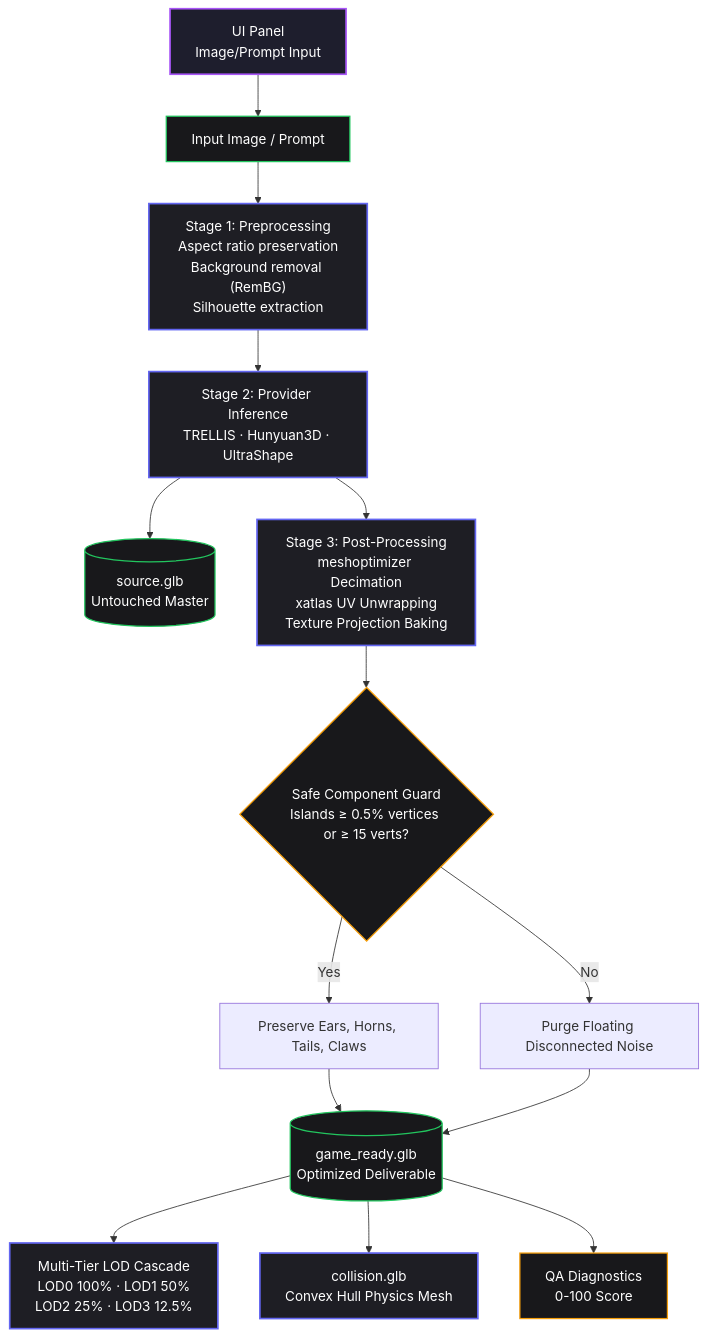
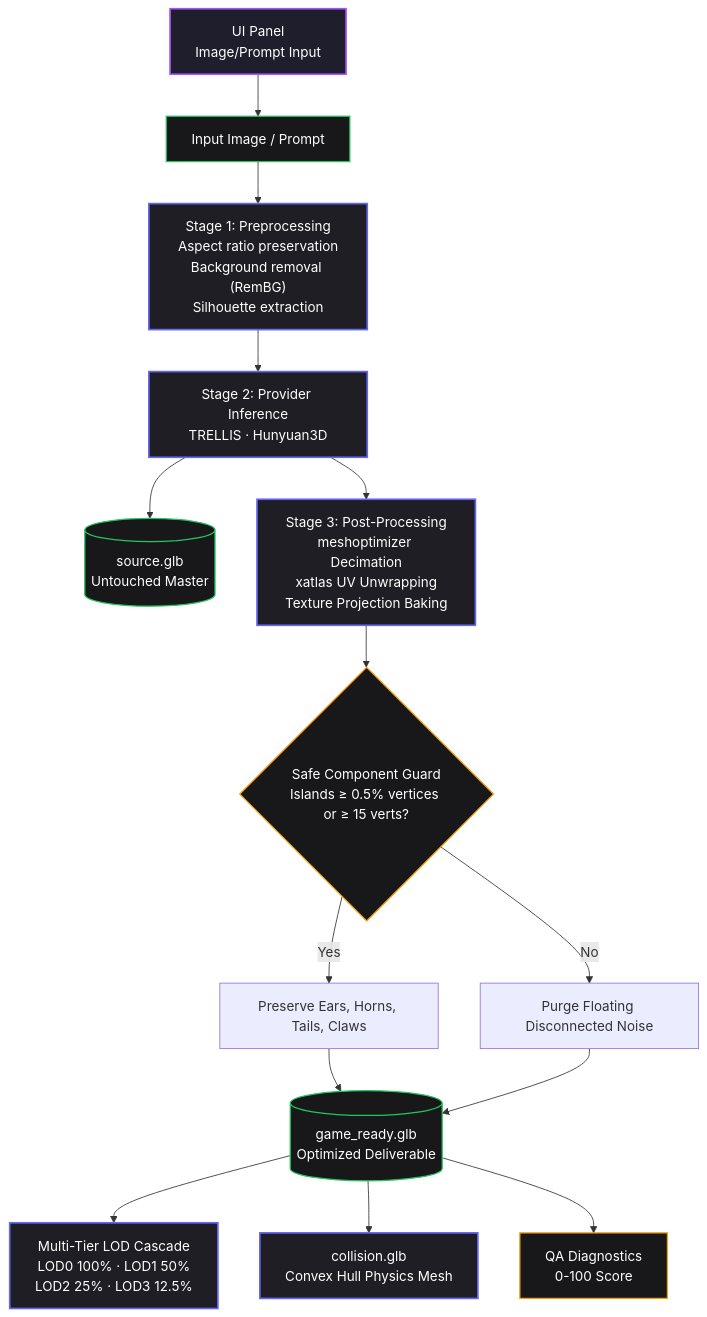
The third of 3 diagrams in Docs/PRD.md (Silentzx2/ForMash3D), drawn with Mermaid before and after one commit. The commit also changed other lines of this file and 24 other files, not shown here.

````diff
--- a/Docs/PRD.md
+++ b/Docs/PRD.md
@@ -231,21 +229,21 @@
 ```mermaid
 flowchart TD
     classDef stage fill:#1e1e24,stroke:#6366f1,stroke-width:2px,color:#fff;
     classDef data fill:#18181b,stroke:#22c55e,stroke-width:1.5px,color:#fff;
     classDef guard fill:#18181b,stroke:#f59e0b,stroke-width:1.5px,color:#fff;
     classDef api fill:#1e1e2d,stroke:#a855f7,stroke-width:2px,color:#fff;
 
     UI["UI Panel<br/>Image/Prompt Input"]:::api --> IN["Input Image / Prompt"]:::data
     IN --> PRE["Stage 1: Preprocessing<br/>Aspect ratio preservation<br/>Background removal (RemBG)<br/>Silhouette extraction"]:::stage
-    PRE --> INF["Stage 2: Provider Inference<br/>TRELLIS · Hunyuan3D · UltraShape"]:::stage
+    PRE --> INF["Stage 2: Provider Inference<br/>TRELLIS · Hunyuan3D"]:::stage
     INF --> RAW_OUT[("source.glb<br/>Untouched Master")]:::data
     INF --> PROCESS["Stage 3: Post-Processing<br/>meshoptimizer Decimation<br/>xatlas UV Unwrapping<br/>Texture Projection Baking"]:::stage
     PROCESS --> G1{"Safe Component Guard<br/>Islands ≥ 0.5% vertices or ≥ 15 verts?"}:::guard
     G1 -->|Yes| KEEP["Preserve Ears, Horns, Tails, Claws"]
     G1 -->|No| PRUNE["Purge Floating Disconnected Noise"]
     KEEP --> BASE[("game_ready.glb<br/>Optimized Deliverable")]:::data
     PRUNE --> BASE
     BASE --> LOD["Multi-Tier LOD Cascade<br/>LOD0 100% · LOD1 50%<br/>LOD2 25% · LOD3 12.5%"]:::stage
     BASE --> COL["collision.glb<br/>Convex Hull Physics Mesh"]:::stage
     BASE --> QA["QA Diagnostics<br/>0-100 Score"]:::guard
 ```
````
